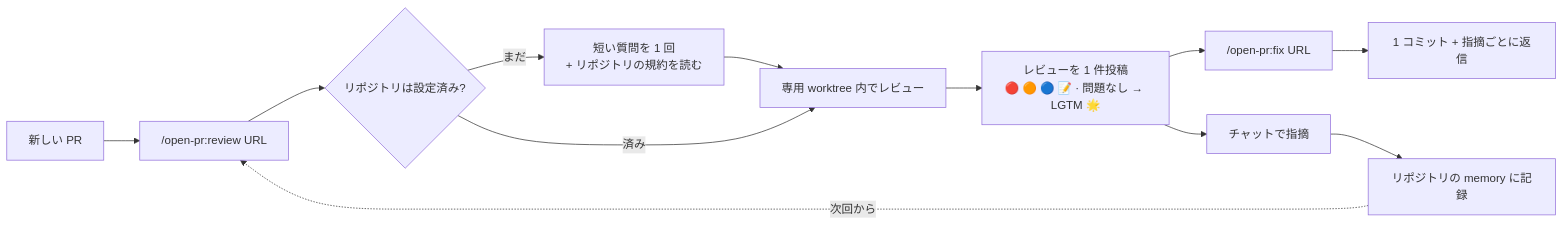
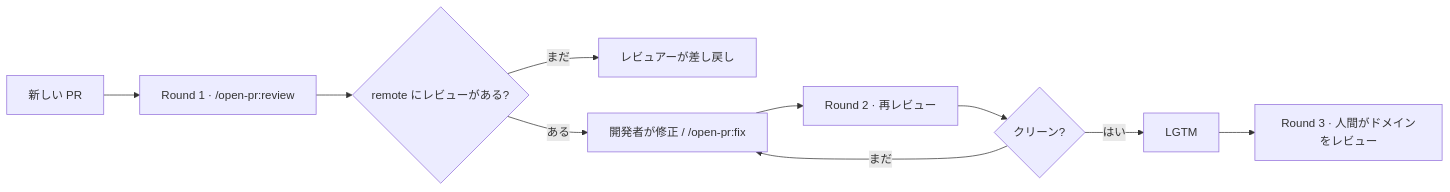
One commit to TOMOSIA-VIETNAM/open-pr changed the diagram in README.ja.md. Above: the diagram before and after it, drawn with Mermaid. The commit also changed other lines of this file and 24 other files, not shown here.

````diff
--- a/README.ja.md
+++ b/README.ja.md
@@ -39,12 +92,12 @@
 ```mermaid
 flowchart LR
-  A[新しい PR] --> B["/open-pr:review URL"]
-  B --> C{リポジトリは設定済み?}
-  C -- まだ --> D["短い質問を 1 回<br/>+ リポジトリの規約を読む"]
-  D --> E[専用 worktree 内でレビュー]
-  C -- 済み --> E
-  E --> F["レビューを 1 件投稿<br/>🔴 🟠 🔵 📝 · 問題なし → LGTM 🌟"]
-  F --> G["/open-pr:fix URL"] --> H["1 コミット + 指摘ごとに返信"]
-  F --> I["チャットで指摘"] --> J["リポジトリの memory に記録"]
-  J -. 次回から .-> B
+  A[新しい PR] --> B["Round 1 · /open-pr:review"]
+  B --> C{remote にレビューがある?}
+  C -- まだ --> D[レビュアーが差し戻し]
+  C -- ある --> E[開発者が修正 / /open-pr:fix]
+  E --> F["Round 2 · 再レビュー"]
+  F --> G{クリーン?}
+  G -- はい --> H[LGTM]
+  G -- まだ --> E
+  H --> I[Round 3 · 人間がドメインをレビュー]
 ```
````
